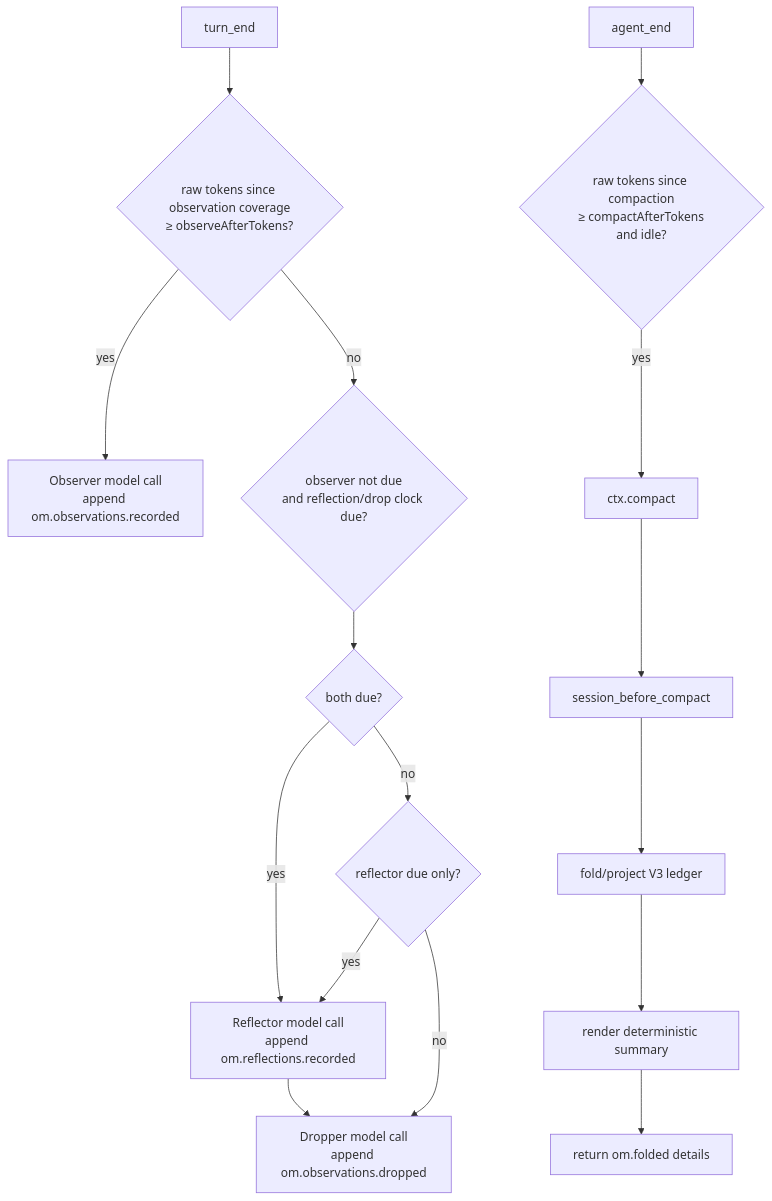
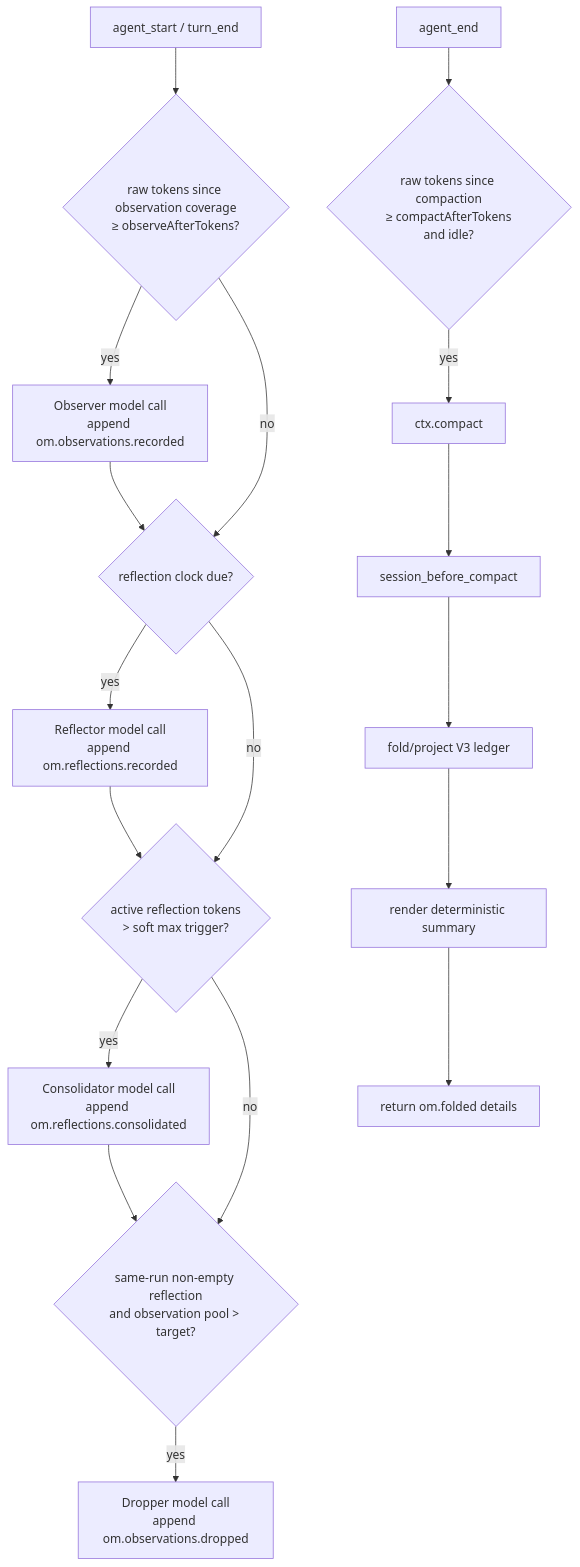
Before and after one commit to bobrowadam/pi-observational-memory: the diagram in docs/how-it-works.md, drawn with Mermaid. The commit also changed other lines of this file and 30 other files, not shown here.

Commit message:
Bound active reflection memory

````diff
--- a/docs/how-it-works.md
+++ b/docs/how-it-works.md
@@ -23,36 +22,37 @@
 ```mermaid
 flowchart TD
-    TE[turn_end]
+    TE[agent_start / turn_end]
     AE[agent_end]
     SBC[session_before_compact]
 
     ObsDue{raw tokens since observation coverage<br/>≥ observeAfterTokens?}
     Observer[Observer model call<br/>append om.observations.recorded]
 
-    ReflectDropDue{observer not due<br/>and reflection/drop clock due?}
-    BothDue{both due?}
-    ReflectorOnly{reflector due only?}
+    ReflectorDue{reflection clock due?}
     Reflector[Reflector model call<br/>append om.reflections.recorded]
+    ConsolidatorDue{active reflection tokens<br/>> soft max trigger?}
+    Consolidator[Consolidator model call<br/>append om.reflections.consolidated]
+    DropperDue{same-run non-empty reflection<br/>and observation pool > target?}
     Dropper[Dropper model call<br/>append om.observations.dropped]
 
     CompactDue{raw tokens since compaction<br/>≥ compactAfterTokens<br/>and idle?}
     CompactCall[ctx.compact]
 
     Fold[fold/project V3 ledger]
     Render[render deterministic summary]
     Details[return om.folded details]
 
     TE --> ObsDue
-    ObsDue -- yes --> Observer
-    ObsDue -- no --> ReflectDropDue
-    ReflectDropDue --> BothDue
-    BothDue -- yes --> Reflector --> Dropper
-    BothDue -- no --> ReflectorOnly
-    ReflectorOnly -- yes --> Reflector
-    ReflectorOnly -- no --> Dropper
+    ObsDue -- yes --> Observer --> ReflectorDue
+    ObsDue -- no --> ReflectorDue
+    ReflectorDue -- yes --> Reflector --> ConsolidatorDue
+    ReflectorDue -- no --> ConsolidatorDue
+    ConsolidatorDue -- yes --> Consolidator --> DropperDue
+    ConsolidatorDue -- no --> DropperDue
+    DropperDue -- yes --> Dropper
 
     AE --> CompactDue
     CompactDue -- yes --> CompactCall
     CompactCall --> SBC
     SBC --> Fold --> Render --> Details
 ```
````
